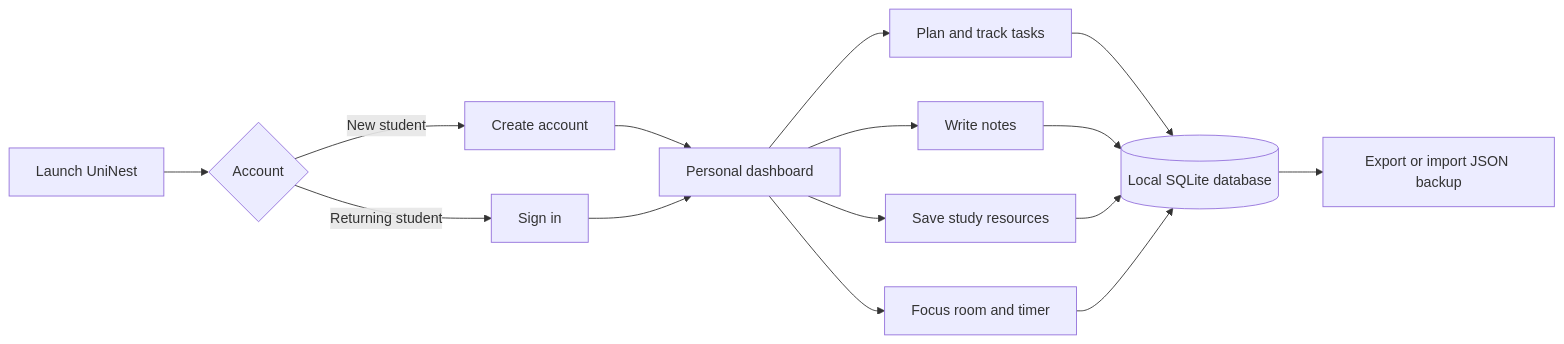
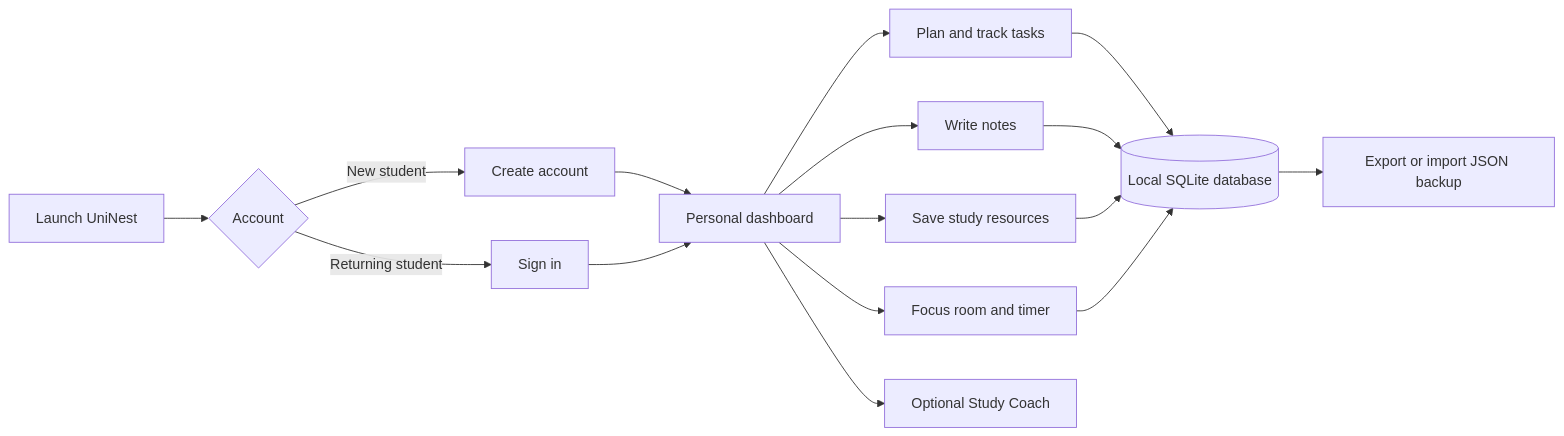
The diagram in README.md (bazsayyad/Personal-Study-Planner), drawn with Mermaid before and after one commit. The commit also changed other lines of this file and 4 other files, not shown here.

````diff
--- a/README.md
+++ b/README.md
@@ -7,17 +7,18 @@
 ```mermaid
 flowchart LR
     A[Launch UniNest] --> B{Account}
     B -->|New student| C[Create account]
     B -->|Returning student| D[Sign in]
     C --> E[Personal dashboard]
     D --> E
     E --> F[Plan and track tasks]
     E --> G[Write notes]
     E --> H[Save study resources]
     E --> I[Focus room and timer]
+    E --> N[Optional Study Coach]
     F --> J[(Local SQLite database)]
     G --> J
     H --> J
     I --> J
     J --> K[Export or import JSON backup]
 ```
````
